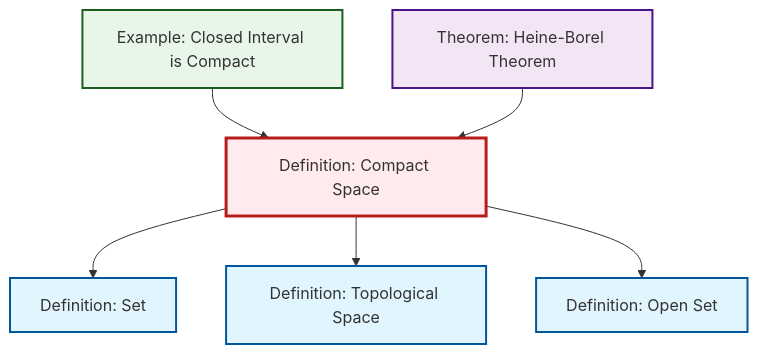
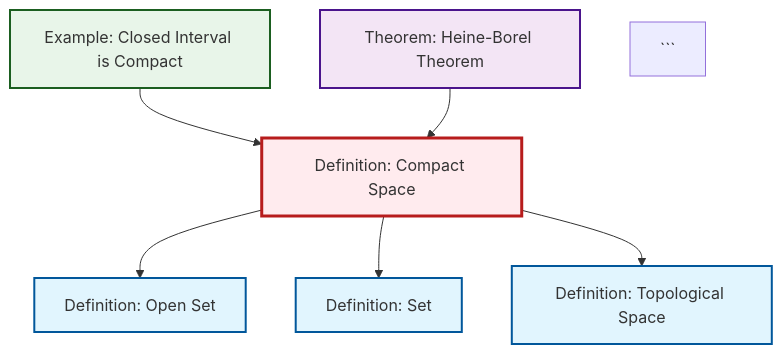
The diagram in output/mermaid/def-compact.mermaid (RK0429/ModernMath), drawn with Mermaid before and after one commit. The commit also changed 313 other files, not shown here.

````diff
--- a/output/mermaid/def-compact.mermaid
+++ b/output/mermaid/def-compact.mermaid
@@ -1,21 +1,20 @@
-```{mermaid}
 %%| fig-cap: "Local dependency graph"
 graph TD
     classDef definition fill:#e1f5fe,stroke:#01579b,stroke-width:2px
     classDef theorem fill:#f3e5f5,stroke:#4a148c,stroke-width:2px
     classDef axiom fill:#fff3e0,stroke:#e65100,stroke-width:2px
     classDef example fill:#e8f5e9,stroke:#1b5e20,stroke-width:2px
     classDef current fill:#ffebee,stroke:#b71c1c,stroke-width:3px
+    def-open-set["Definition: Open Set"]:::definition
+    thm-heine-borel["Theorem: Heine-Borel Theorem"]:::theorem
+    def-compact["Definition: Compact Space"]:::definition
     def-topological-space["Definition: Topological Space"]:::definition
-    def-compact["Definition: Compact Space"]:::definition
-    def-open-set["Definition: Open Set"]:::definition
     ex-closed-interval-compact["Example: Closed Interval is Compact"]:::example
     def-set["Definition: Set"]:::definition
-    thm-heine-borel["Theorem: Heine-Borel Theorem"]:::theorem
+    ex-closed-interval-compact --> def-compact
+    thm-heine-borel --> def-compact
+    def-compact --> def-open-set
     def-compact --> def-set
-    ex-closed-interval-compact --> def-compact
     def-compact --> def-topological-space
-    def-compact --> def-open-set
-    thm-heine-borel --> def-compact
     class def-compact current
 ```
````
